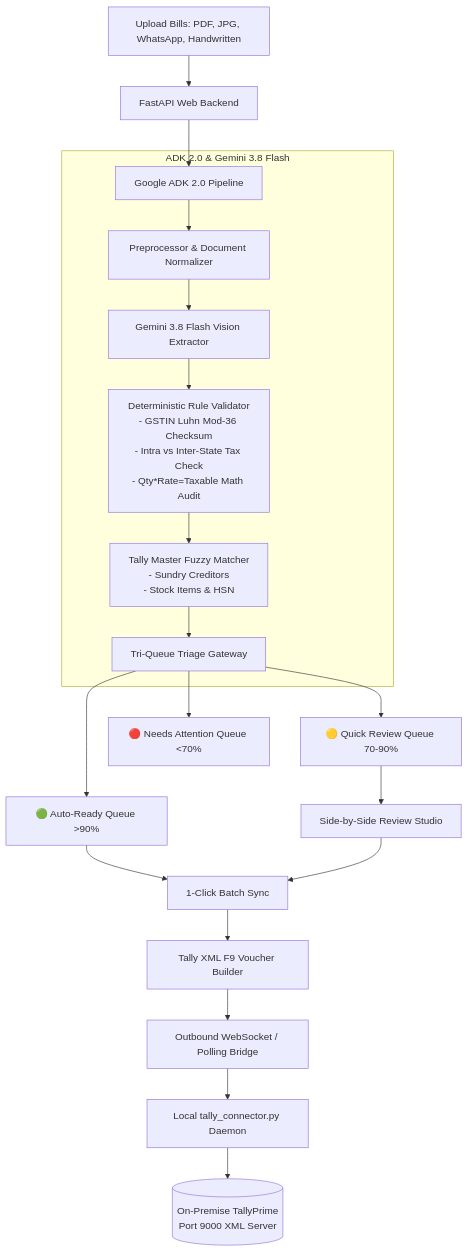
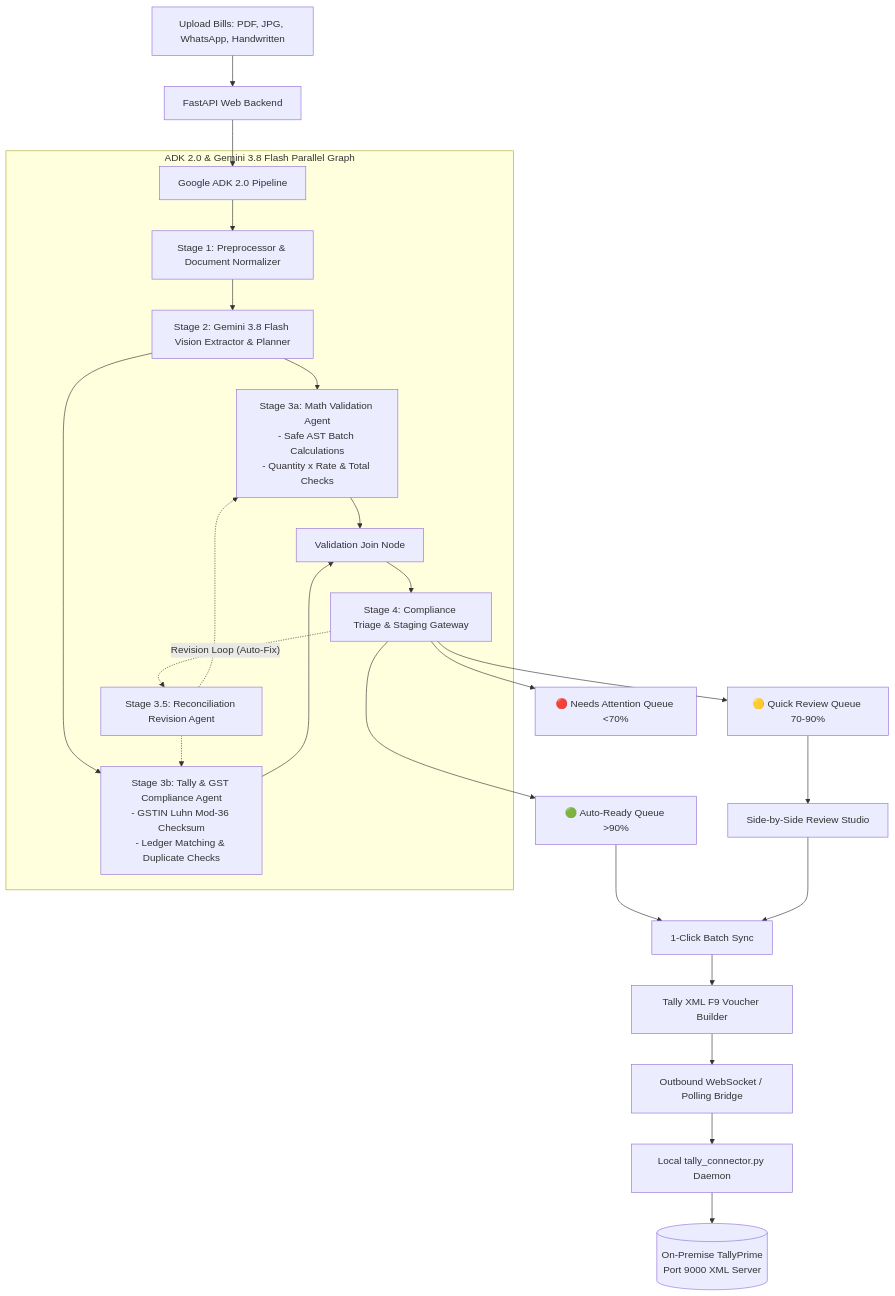
The diagram in README.md (SagarMeisheri/ocr-adk), drawn with Mermaid before and after one commit. The commit also changed 11 other files, not shown here.

````diff
--- a/README.md
+++ b/README.md
@@ -13,26 +13,31 @@
 ```mermaid
 flowchart TD
     A[Upload Bills: PDF, JPG, WhatsApp, Handwritten] --> B[FastAPI Web Backend]
     B --> C[Google ADK 2.0 Pipeline]
     
-    subgraph ADK 2.0 & Gemini 3.8 Flash
-        C --> D[Preprocessor & Document Normalizer]
-        D --> E[Gemini 3.8 Flash Vision Extractor]
-        E --> F[Deterministic Rule Validator\n- GSTIN Luhn Mod-36 Checksum\n- Intra vs Inter-State Tax Check\n- Qty*Rate=Taxable Math Audit]
-        F --> G[Tally Master Fuzzy Matcher\n- Sundry Creditors\n- Stock Items & HSN]
-        G --> H[Tri-Queue Triage Gateway]
+    subgraph ADK 2.0 & Gemini 3.8 Flash Parallel Graph
+        C --> D[Stage 1: Preprocessor & Document Normalizer]
+        D --> E[Stage 2: Gemini 3.8 Flash Vision Extractor & Planner]
+        E --> F1[Stage 3a: Math Validation Agent\n- Safe AST Batch Calculations\n- Quantity x Rate & Total Checks]
+        E --> F2[Stage 3b: Tally & GST Compliance Agent\n- GSTIN Luhn Mod-36 Checksum\n- Ledger Matching & Duplicate Checks]
+        F1 --> G[Validation Join Node]
+        F2 --> G
+        G --> H[Stage 4: Compliance Triage & Staging Gateway]
+        H -. "Revision Loop (Auto-Fix)" .-> R[Stage 3.5: Reconciliation Revision Agent]
+        R -.-> F1
+        R -.-> F2
     end
 
     H --> I1[🟢 Auto-Ready Queue >90%]
     H --> I2[🟡 Quick Review Queue 70-90%]
     H --> I3[🔴 Needs Attention Queue <70%]
 
     I1 --> J[1-Click Batch Sync]
     I2 --> K[Side-by-Side Review Studio]
     K --> J
 
     J --> L[Tally XML F9 Voucher Builder]
     L --> M[Outbound WebSocket / Polling Bridge]
     M --> N[Local tally_connector.py Daemon]
     N --> O[(On-Premise TallyPrime\nPort 9000 XML Server)]
 ```
````
